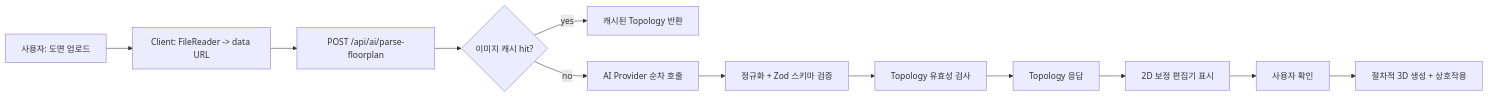
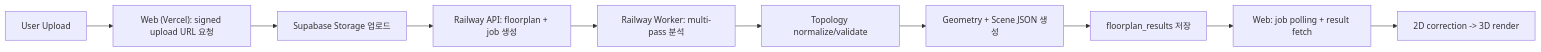
Before and after one commit to HHSOLL/Plan2Space: the diagram in docs/floorplan-3d-flow.md, drawn with Mermaid. The commit also changed other lines of this file and 6 other files, not shown here.

````diff
--- a/docs/floorplan-3d-flow.md
+++ b/docs/floorplan-3d-flow.md
@@ -9,14 +5,12 @@
 ```mermaid
 flowchart LR
-  A[사용자: 도면 업로드] --> B[Client: FileReader -> data URL]
-  B --> C[POST /api/ai/parse-floorplan]
-  C --> D{이미지 캐시 hit?}
-  D -- yes --> E[캐시된 Topology 반환]
-  D -- no --> F[AI Provider 순차 호출]
-  F --> G[정규화 + Zod 스키마 검증]
-  G --> H[Topology 유효성 검사]
-  H --> I[Topology 응답]
-  I --> J[2D 보정 편집기 표시]
-  J --> K[사용자 확인]
-  K --> L[절차적 3D 생성 + 상호작용]
+  A["User Upload"] --> B["Web (Vercel): signed upload URL 요청"]
+  B --> C["Supabase Storage 업로드"]
+  C --> D["Railway API: floorplan + job 생성"]
+  D --> E["Railway Worker: multi-pass 분석"]
+  E --> F["Topology normalize/validate"]
+  F --> G["Geometry + Scene JSON 생성"]
+  G --> H["floorplan_results 저장"]
+  H --> I["Web: job polling + result fetch"]
+  I --> J["2D correction -> 3D render"]
 ```
````
